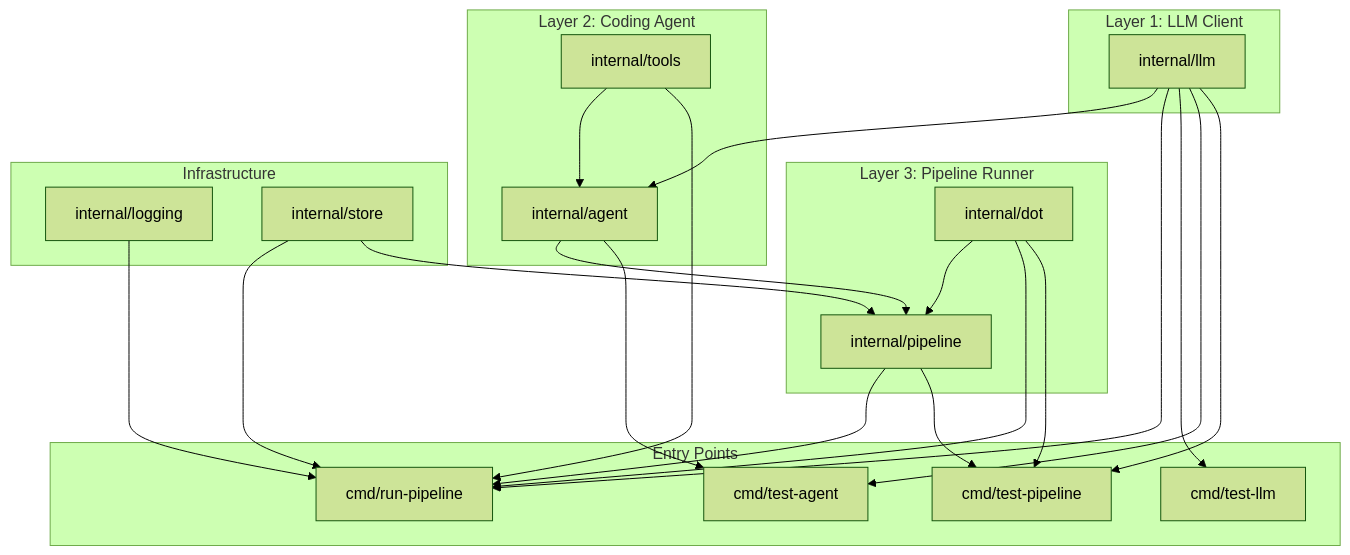
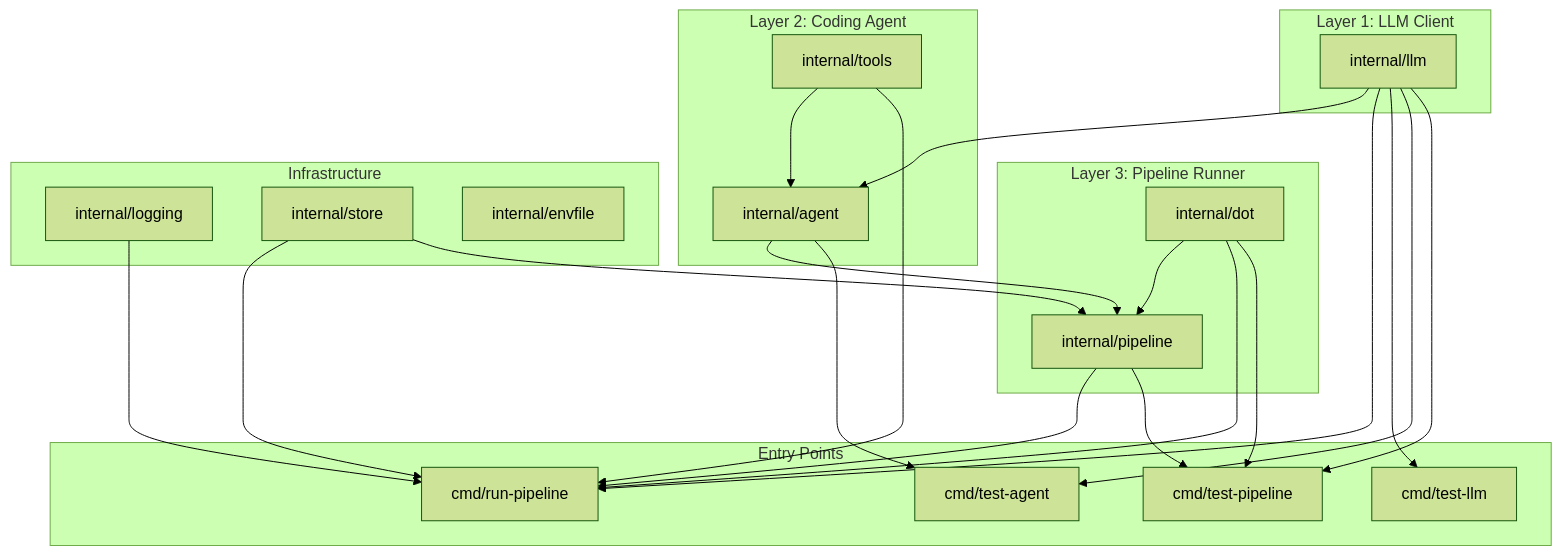
Before and after one commit to campallison/attractor: the first of 11 diagrams in docs/architecture.md, drawn with Mermaid (forest theme). The commit also changed other lines of this file and 1 other file, not shown here.

First line of the commit message:
Update docs for pre-push hook, envfile package, and refactoring changes

````diff
--- a/docs/architecture.md
+++ b/docs/architecture.md
@@ -11,48 +11,49 @@
 ```mermaid
 graph TB
     subgraph layer3 [Layer 3: Pipeline Runner]
         dotPkg["internal/dot"]
         pipelinePkg["internal/pipeline"]
     end
 
     subgraph layer2 [Layer 2: Coding Agent]
         agentPkg["internal/agent"]
         toolsPkg["internal/tools"]
     end
 
     subgraph layer1 [Layer 1: LLM Client]
         llmPkg["internal/llm"]
     end
 
     subgraph infra [Infrastructure]
         loggingPkg["internal/logging"]
         storePkg["internal/store"]
+        envfilePkg["internal/envfile"]
     end
 
     subgraph entrypoints [Entry Points]
         runPipeline["cmd/run-pipeline"]
         testLLM["cmd/test-llm"]
         testAgent["cmd/test-agent"]
         testPipeline["cmd/test-pipeline"]
     end
 
     dotPkg --> pipelinePkg
     llmPkg --> agentPkg
     toolsPkg --> agentPkg
     agentPkg --> pipelinePkg
 
     llmPkg --> runPipeline
     pipelinePkg --> runPipeline
     dotPkg --> runPipeline
     loggingPkg --> runPipeline
     toolsPkg --> runPipeline
     storePkg --> runPipeline
     storePkg --> pipelinePkg
 
     llmPkg --> testLLM
     llmPkg --> testAgent
     agentPkg --> testAgent
     dotPkg --> testPipeline
     pipelinePkg --> testPipeline
     llmPkg --> testPipeline
 ```
````
